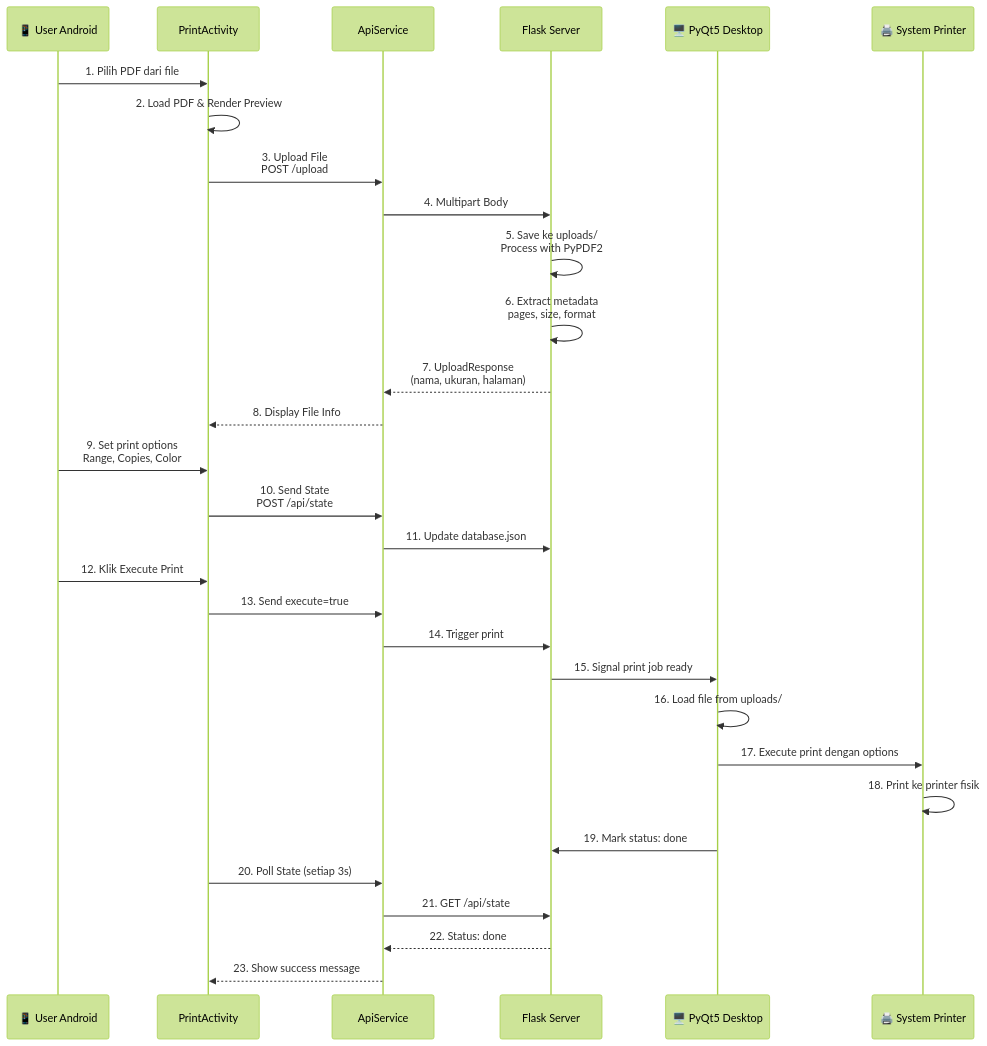
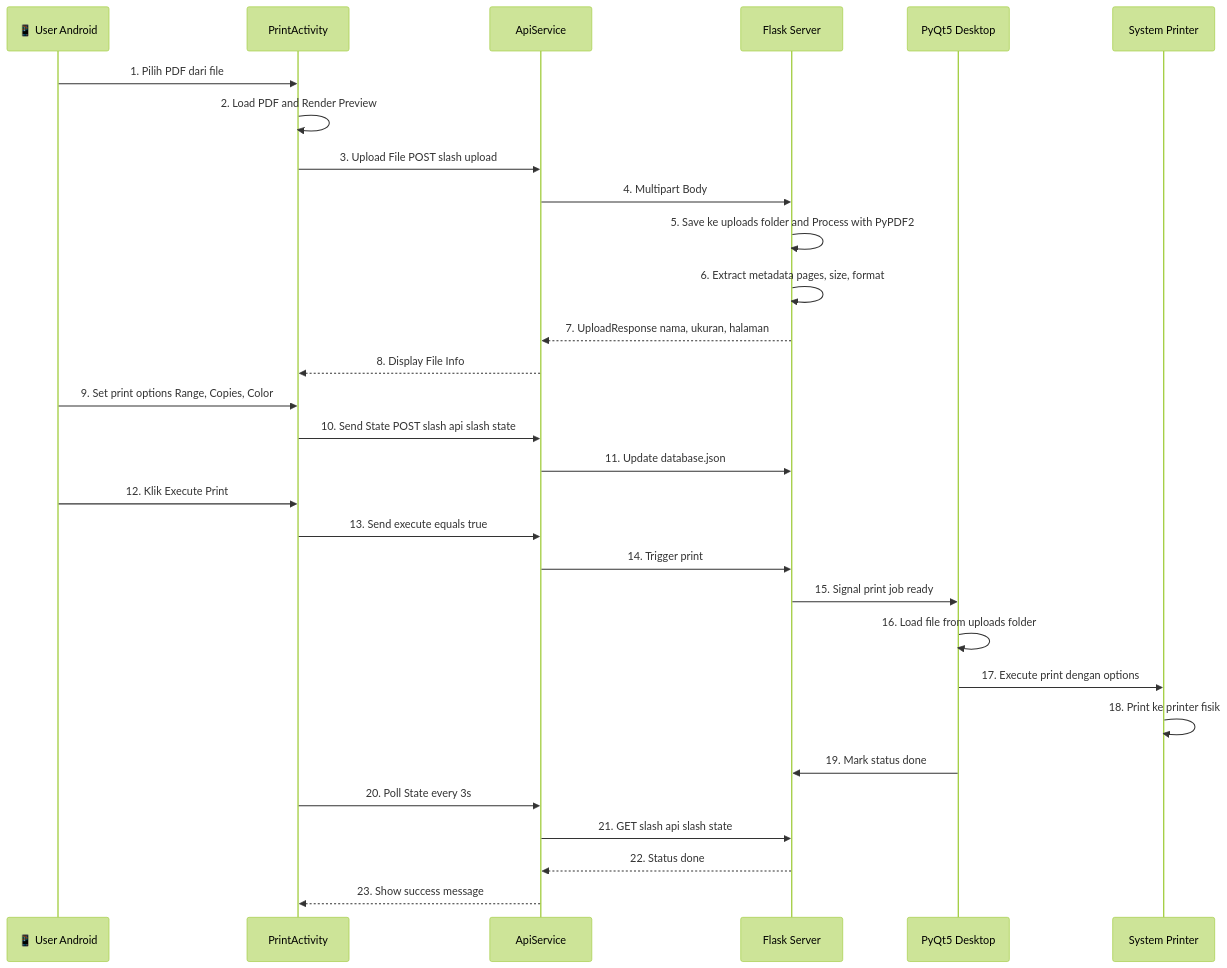
The second of 4 diagrams in ARCHITECTURE_DIAGRAM.md (FormulaV/PrintBot_Studio), drawn with Mermaid (forest theme) before and after one commit. The commit also changed other lines of this file, not shown here.

Commit message:
Fix mermaid syntax errors in architecture diagram - replace special characters

````diff
--- a/ARCHITECTURE_DIAGRAM.md
+++ b/ARCHITECTURE_DIAGRAM.md
@@ -207,38 +194,38 @@
 ```mermaid
 sequenceDiagram
     participant User as 📱 User Android
     participant App as PrintActivity
     participant Api as ApiService
     participant Network as Flask Server
-    participant Desktop as 🖥️ PyQt5 Desktop
-    participant Printer as 🖨️ System Printer
+    participant Desktop as PyQt5 Desktop
+    participant Printer as System Printer
     
     User->>App: 1. Pilih PDF dari file
-    App->>App: 2. Load PDF & Render Preview
+    App->>App: 2. Load PDF and Render Preview
     
-    App->>Api: 3. Upload File<br/>POST /upload
+    App->>Api: 3. Upload File POST slash upload
     Api->>Network: 4. Multipart Body
-    Network->>Network: 5. Save ke uploads/<br/>Process with PyPDF2
-    Network->>Network: 6. Extract metadata<br/>pages, size, format
-    Network-->>Api: 7. UploadResponse<br/>(nama, ukuran, halaman)
+    Network->>Network: 5. Save ke uploads folder and Process with PyPDF2
+    Network->>Network: 6. Extract metadata pages, size, format
+    Network-->>Api: 7. UploadResponse nama, ukuran, halaman
     Api-->>App: 8. Display File Info
     
-    User->>App: 9. Set print options<br/>Range, Copies, Color
-    App->>Api: 10. Send State<br/>POST /api/state
+    User->>App: 9. Set print options Range, Copies, Color
+    App->>Api: 10. Send State POST slash api slash state
     Api->>Network: 11. Update database.json
     
     User->>App: 12. Klik Execute Print
-    App->>Api: 13. Send execute=true
+    App->>Api: 13. Send execute equals true
     Api->>Network: 14. Trigger print
     Network->>Desktop: 15. Signal print job ready
     
-    Desktop->>Desktop: 16. Load file from uploads/
+    Desktop->>Desktop: 16. Load file from uploads folder
     Desktop->>Printer: 17. Execute print dengan options
     Printer->>Printer: 18. Print ke printer fisik
-    Desktop->>Network: 19. Mark status: done
+    Desktop->>Network: 19. Mark status done
     
-    App->>Api: 20. Poll State (setiap 3s)
-    Api->>Network: 21. GET /api/state
-    Network-->>Api: 22. Status: done
+    App->>Api: 20. Poll State every 3s
+    Api->>Network: 21. GET slash api slash state
+    Network-->>Api: 22. Status done
     Api-->>App: 23. Show success message
 ```
````
